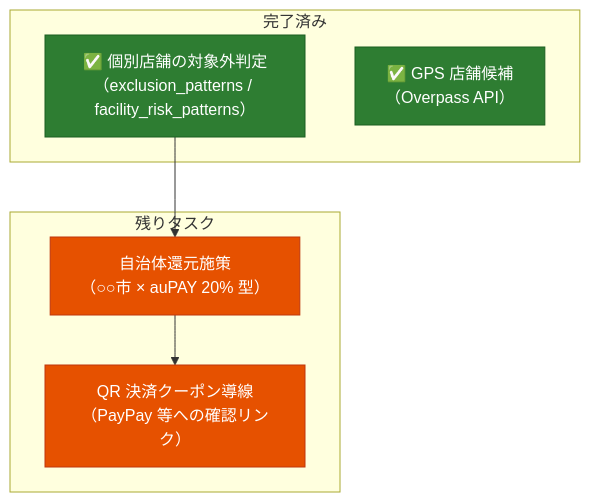
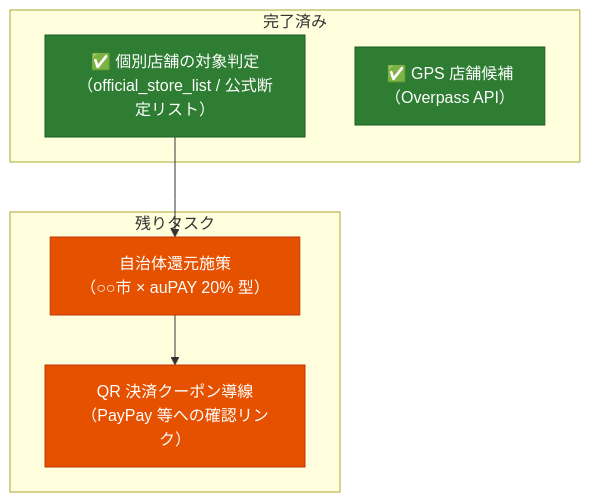
One commit to ktakjm/poikatsu changed the second of 2 diagrams in docs/roadmap.md. Above: the diagram before and after it, drawn with Mermaid. The commit also changed other lines of this file and 8 other files, not shown here.

First line of the commit message:
feat: judge store eligibility from official lists, drop keyword warnings

````diff
--- a/docs/roadmap.md
+++ b/docs/roadmap.md
@@ -59,18 +59,18 @@
 ```mermaid
 flowchart TD
     subgraph done["完了済み"]
-        T1["✅ 個別店舗の対象外判定<br/>（exclusion_patterns / facility_risk_patterns）"]
+        T1["✅ 個別店舗の対象判定<br/>（official_store_list / 公式断定リスト）"]
         T4["✅ GPS 店舗候補<br/>（Overpass API）"]
     end
     subgraph todo["残りタスク"]
         T2["自治体還元施策<br/>（○○市 × auPAY 20% 型）"]
         T3["QR 決済クーポン導線<br/>（PayPay 等への確認リンク）"]
     end
     T1 --> T2
     T2 --> T3
 
     style T1 fill:#2E7D32,stroke:#1B5E20,color:#fff
     style T4 fill:#2E7D32,stroke:#1B5E20,color:#fff
     style T2 fill:#E65100,stroke:#BF360C,color:#fff
     style T3 fill:#E65100,stroke:#BF360C,color:#fff
 ```
````
